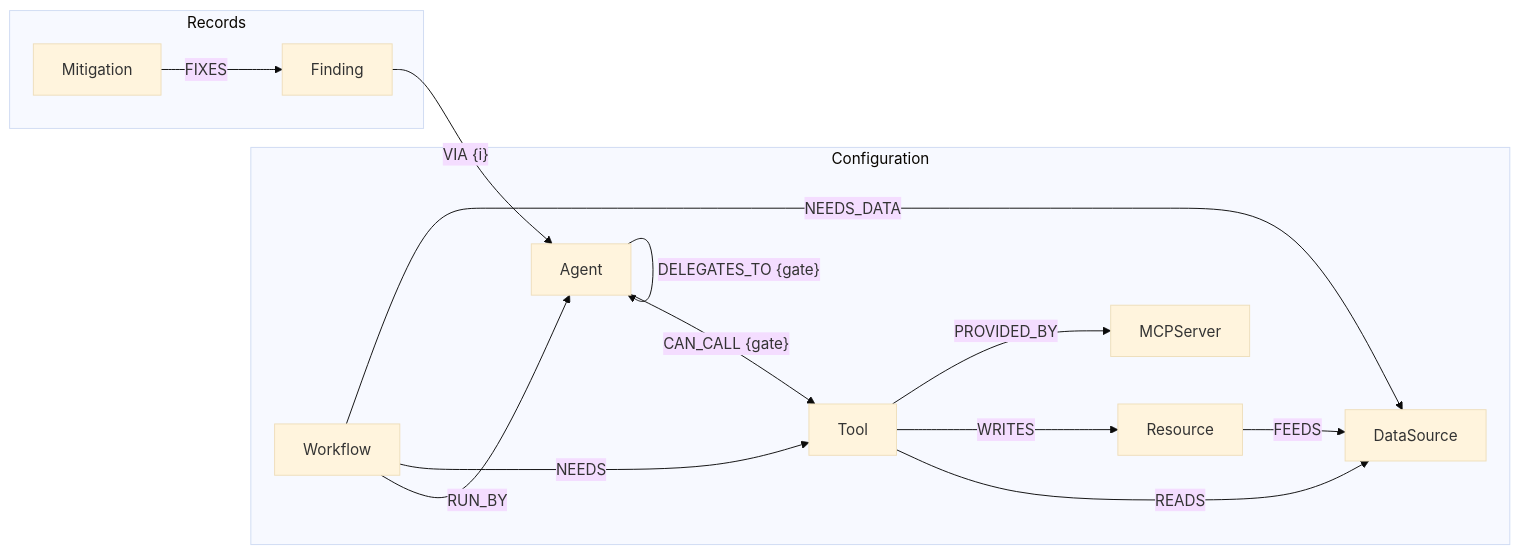
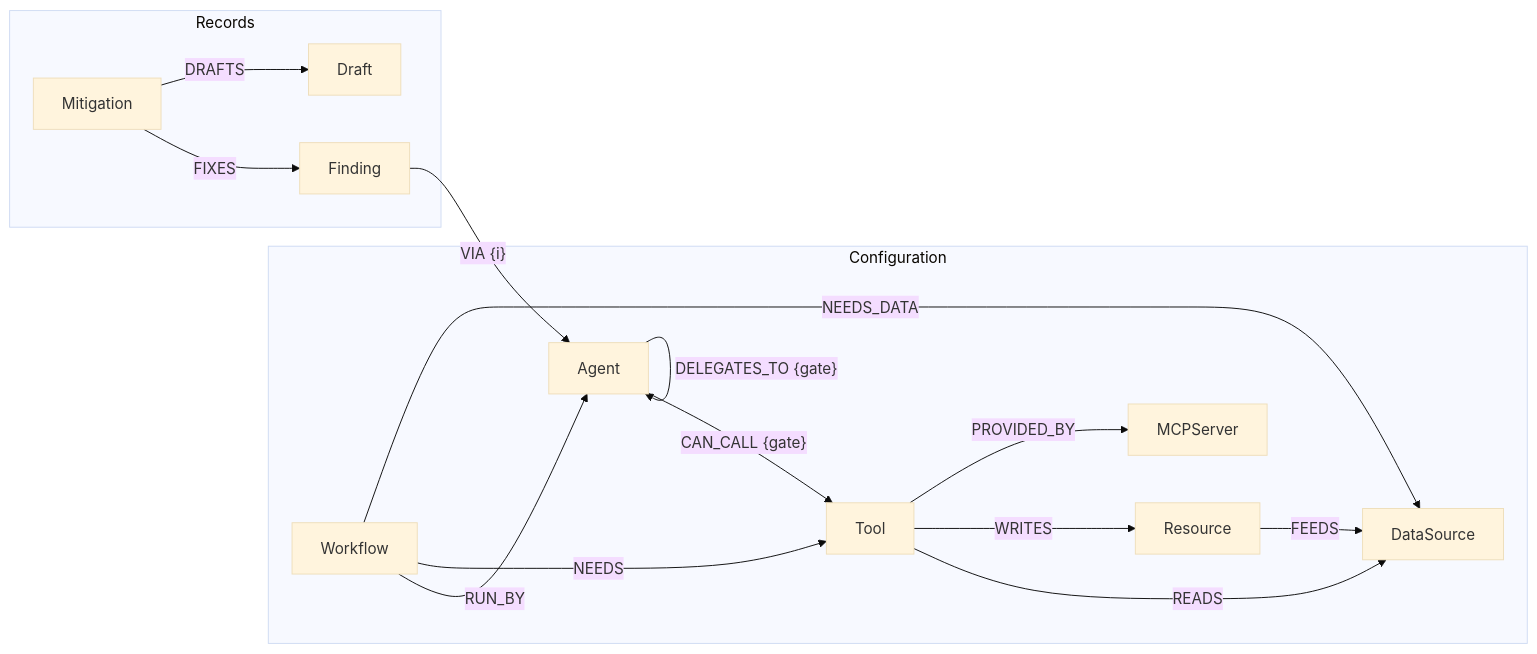
One commit to kartikangiras/DeVries changed the diagram in README.md. Above: the diagram before and after it, drawn with Mermaid (base theme). The commit also changed other lines of this file, not shown here.

````diff
--- a/README.md
+++ b/README.md
@@ -134,18 +82,19 @@
 ```mermaid
 graph LR
   subgraph Configuration
     W[Workflow] -- RUN_BY --> A[Agent]
     W -- NEEDS --> T[Tool]
     W -- NEEDS_DATA --> D[DataSource]
     A -- "CAN_CALL {gate}" --> T
     A -- "DELEGATES_TO {gate}" --> A
     T -- READS --> D
     T -- WRITES --> R[Resource]
     R -- FEEDS --> D
     T -- PROVIDED_BY --> S[MCPServer]
   end
   subgraph Records
     F[Finding] -- "VIA {i}" --> A
     M[Mitigation] -- FIXES --> F
+    M -- DRAFTS --> X[Draft]
   end
 ```
````
